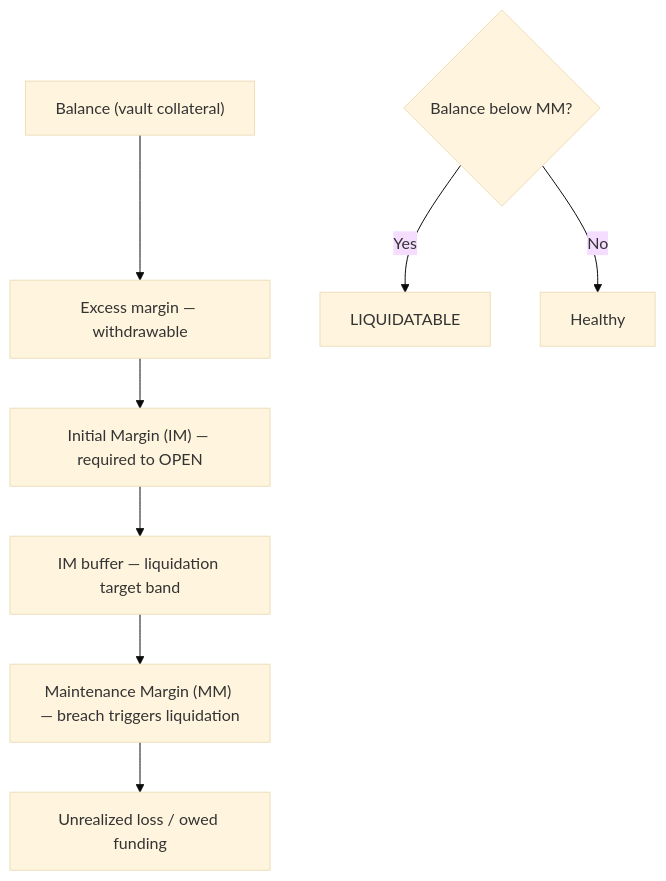
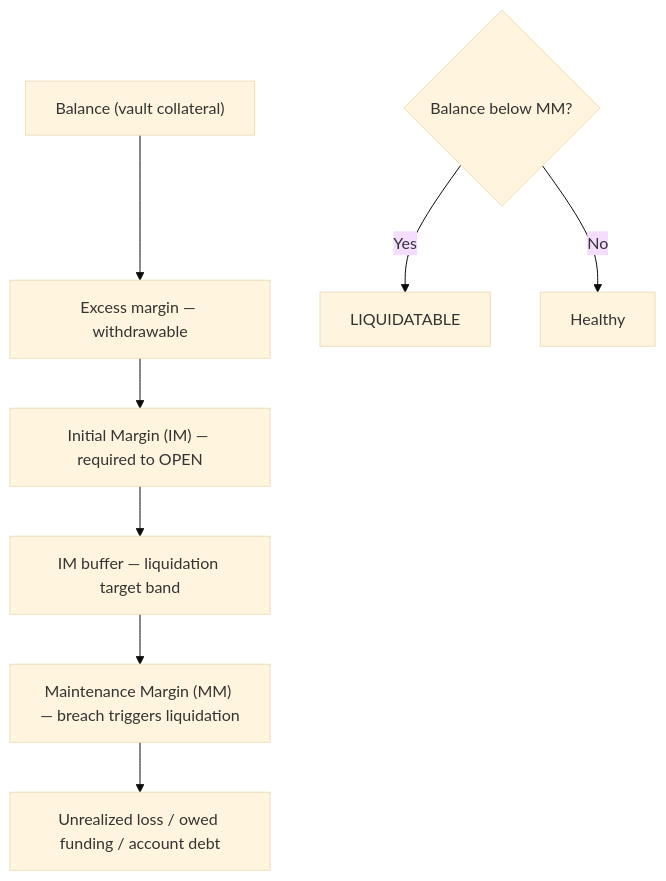
The first of 2 diagrams in docs/gitbook/05.Margin-and-Liquidation.md (Lumerin-protocol/derivatives-marketplace), drawn with Mermaid (base theme) before and after one commit. The commit also changed other lines of this file and 5 other files, not shown here.

Commit message:
CF-665: consume account debt in venue stack

````diff
--- a/docs/gitbook/05.Margin-and-Liquidation.md
+++ b/docs/gitbook/05.Margin-and-Liquidation.md
@@ -18,12 +18,12 @@
 ```mermaid
 flowchart TD
     Bal["Balance (vault collateral)"] --> Excess["Excess margin — withdrawable"]
     Excess --> IM["Initial Margin (IM) — required to OPEN"]
     IM --> Buffer["IM buffer — liquidation target band"]
     Buffer --> MM["Maintenance Margin (MM) — breach triggers liquidation"]
-    MM --> Risk["Unrealized loss / owed funding"]
+    MM --> Risk["Unrealized loss / owed funding / account debt"]
 
     Check{"Balance below MM?"}
     Check -->|Yes| Liq["LIQUIDATABLE"]
     Check -->|No| Ok["Healthy"]
 ```
````
